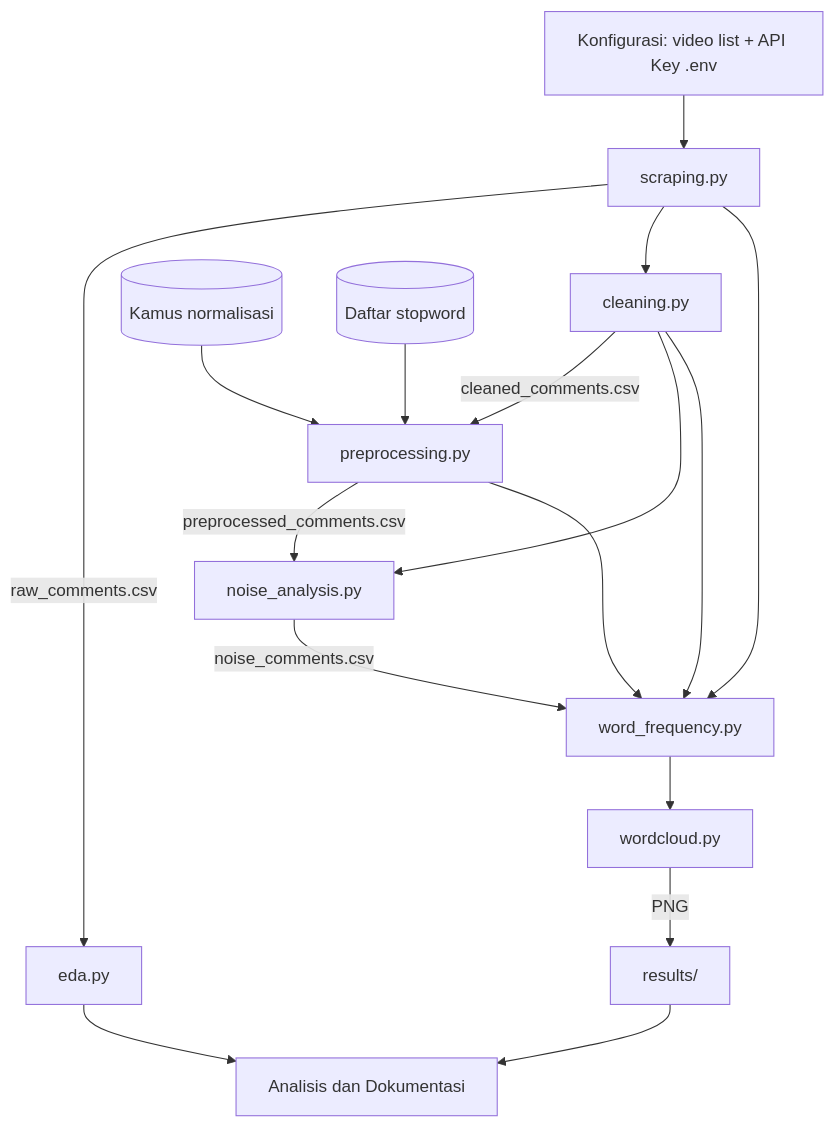
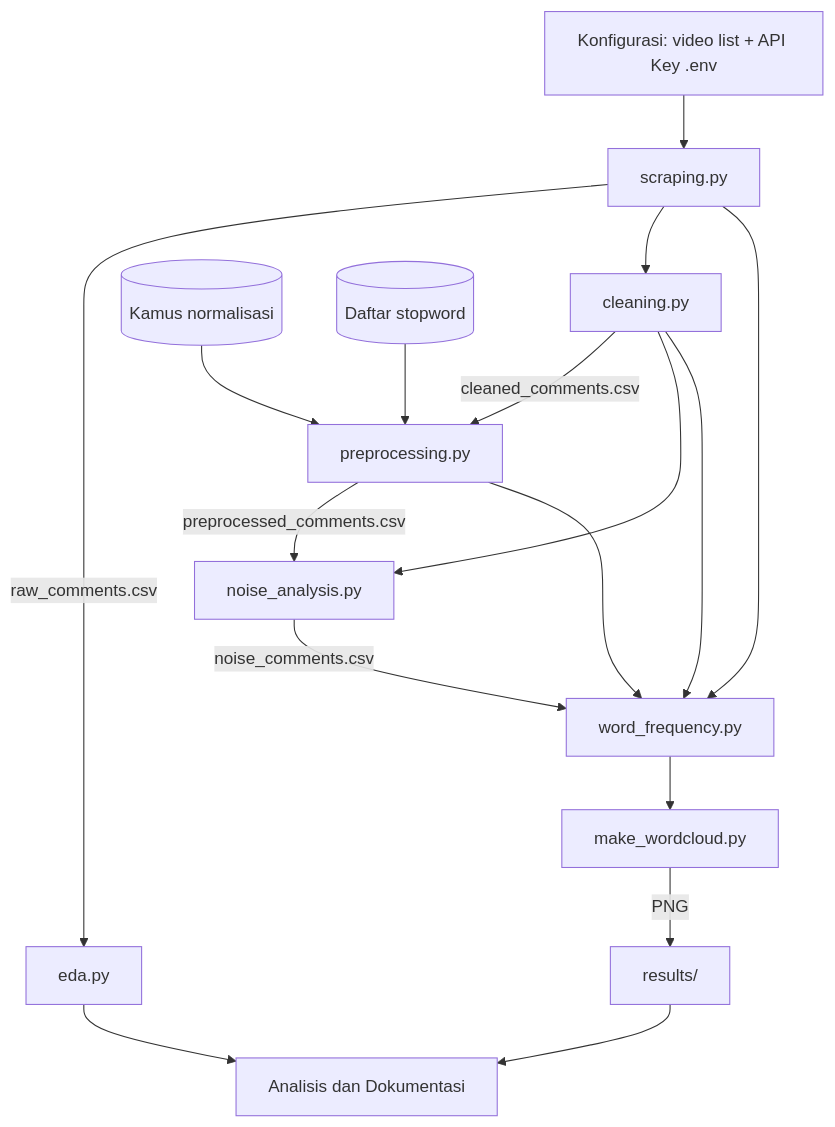
The diagram in ARCHITECTURE.md (yadd-01/machine-learning-youtube-ai), drawn with Mermaid before and after one commit. The commit also changed other lines of this file and 8 other files, not shown here.

````diff
--- a/ARCHITECTURE.md
+++ b/ARCHITECTURE.md
@@ -11,19 +11,19 @@
 ```mermaid
 flowchart TD
     A[Konfigurasi: video list + API Key .env] --> B[scraping.py]
     B -->|raw_comments.csv| C[eda.py]
     B --> D[cleaning.py]
     D -->|cleaned_comments.csv| E[preprocessing.py]
     N[(Kamus normalisasi)] --> E
     S[(Daftar stopword)] --> E
     E -->|preprocessed_comments.csv| F[noise_analysis.py]
     D --> F
     F -->|noise_comments.csv| G[word_frequency.py]
     B --> G
     D --> G
     E --> G
-    G --> H[wordcloud.py]
+    G --> H[make_wordcloud.py]
     H -->|PNG| I[results/]
     I --> J[Analisis dan Dokumentasi]
     C --> J
 ```
````
